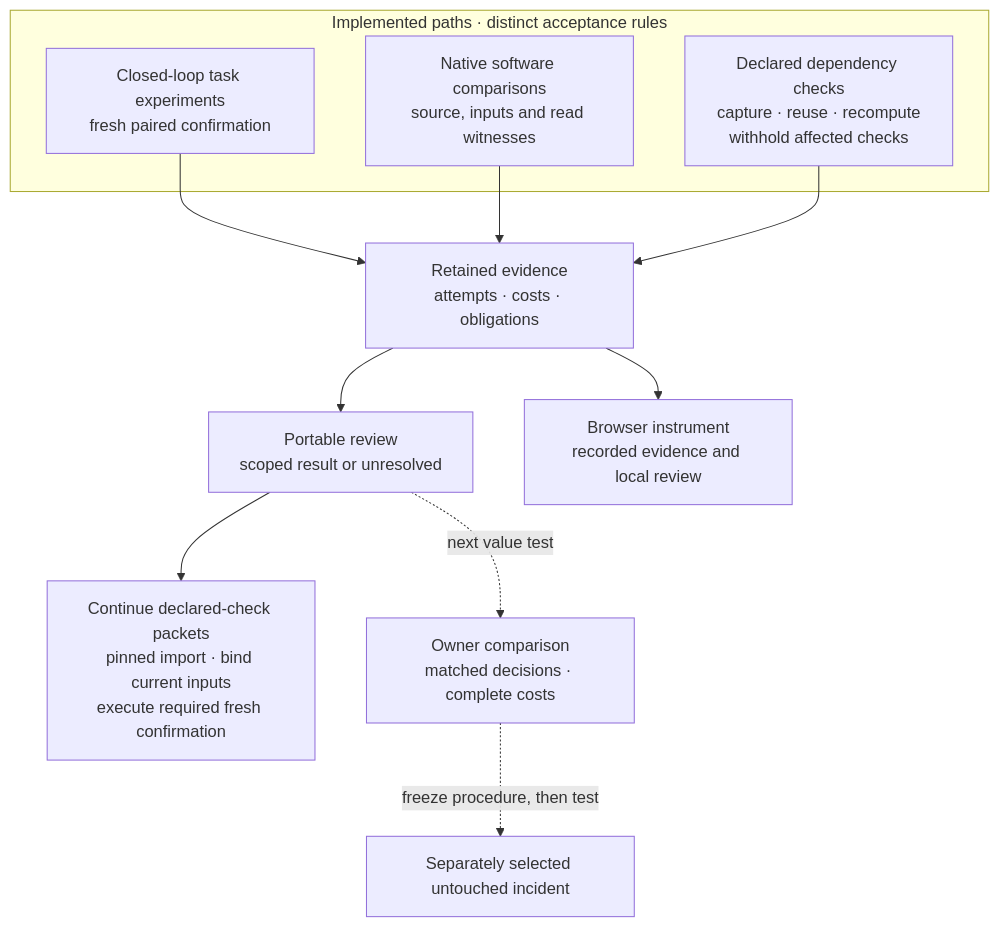
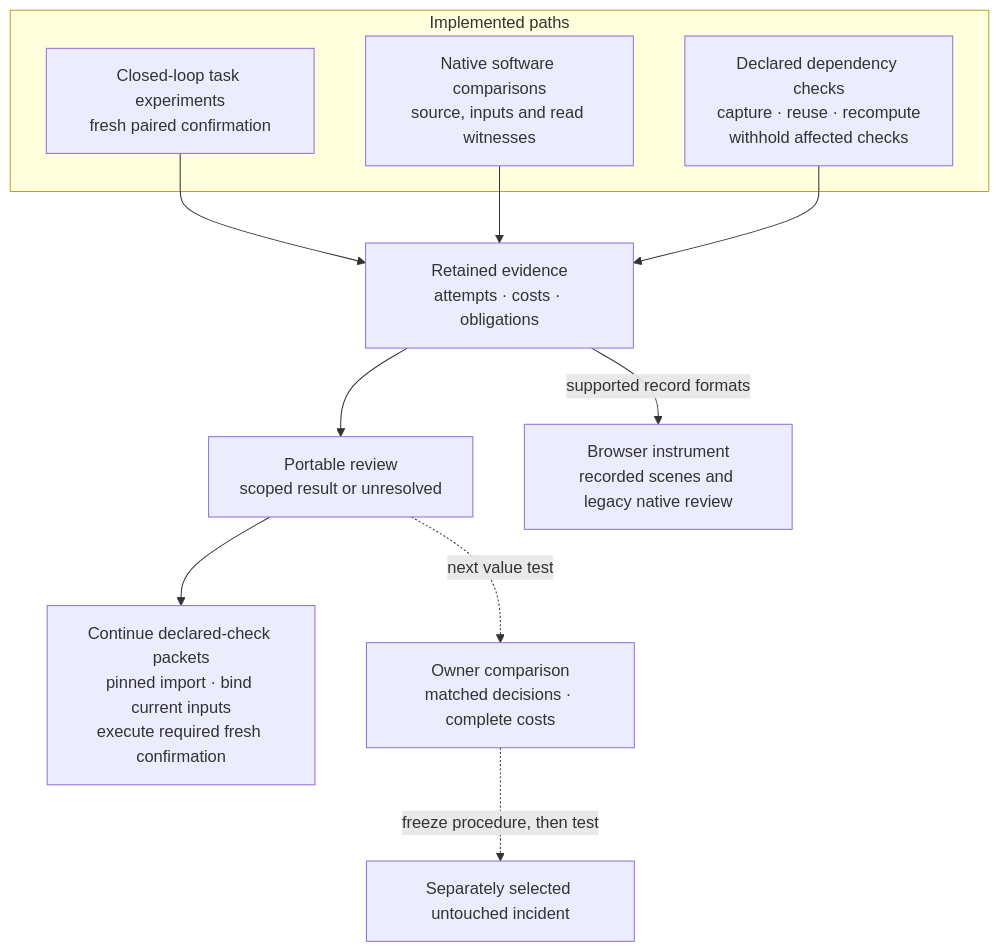
The first of 3 diagrams in README.md (manfromnowhere143/nisayon), drawn with Mermaid before and after one commit. The commit also changed other lines of this file and 19 other files, not shown here.

````diff
--- a/README.md
+++ b/README.md
@@ -79,18 +79,18 @@
 ```mermaid
 flowchart TB
     accTitle: Implemented qualification paths and the next value test
     accDescr: Three bounded paths retain their own evidence: closed-loop task experiments, native software comparisons, and declared dependency checks. Records support scoped portable review and browser inspection. Declared-check packets can continue through pinned import, current input binding and required fresh confirmation. Owner savings and repeat use on an untouched incident remain to establish.
-    subgraph B["Implemented paths · distinct acceptance rules"]
+    subgraph B["Implemented paths"]
         L["Closed-loop task experiments<br/>fresh paired confirmation"]
         N["Native software comparisons<br/>source, inputs and read witnesses"]
         Q["Declared dependency checks<br/>capture · reuse · recompute<br/>withhold affected checks"]
     end
     L --> H["Retained evidence<br/>attempts · costs · obligations"]
     N --> H
     Q --> H
     H --> R["Portable review<br/>scoped result or unresolved"]
-    H --> V["Browser instrument<br/>recorded evidence and local review"]
+    H -- "supported record formats" --> V["Browser instrument<br/>recorded scenes and legacy native review"]
     R --> I["Continue declared-check packets<br/>pinned import · bind current inputs<br/>execute required fresh confirmation"]
     R -. "next value test" .-> O["Owner comparison<br/>matched decisions · complete costs"]
     O -. "freeze procedure, then test" .-> T["Separately selected untouched incident"]
 ```
````
